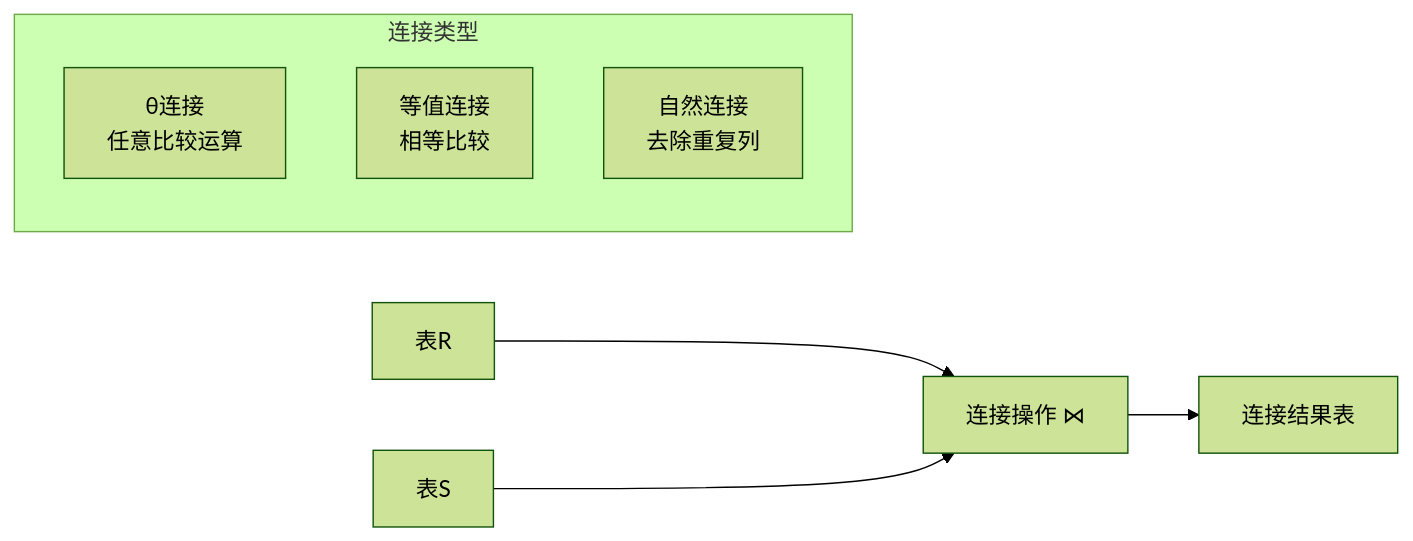
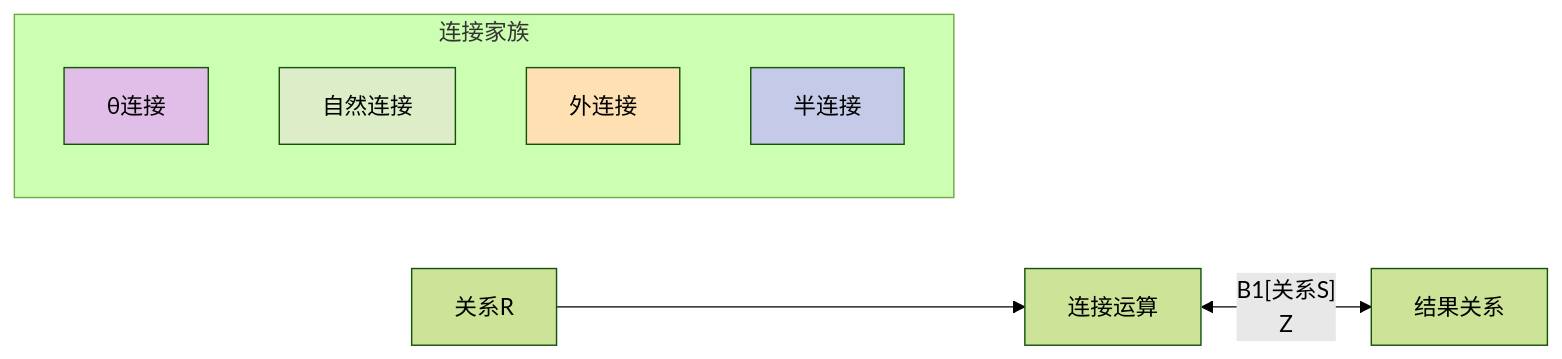
One commit to guangxiangdebizi/Year3-Sem1-Computer-Science-Notes changed the ninth of 13 diagrams in 数据库原理/第2章_关系数据库.md. Above: the diagram before and after it, drawn with Mermaid (forest theme). The commit also changed other lines of this file, not shown here.

````diff
--- a/数据库原理/第2章_关系数据库.md
+++ b/数据库原理/第2章_关系数据库.md
@@ -243,12 +285,18 @@
 ```mermaid
 graph LR
-    A[表R] --> C[连接操作 ⋈]
-    B[表S] --> C
-    C --> D[连接结果表]
-    
-    subgraph "连接类型"
-        E[θ连接<br/>任意比较运算]
-        F[等值连接<br/>相等比较]
-        G[自然连接<br/>去除重复列]
+    Y[关系R] --> Z[连接运算]
+    Z <-- B1[关系S]
+    Z --> AA[结果关系]
+
+    subgraph "连接家族"
+        AC[θ连接]
+        AD[自然连接]
+        AE[外连接]
+        AF[半连接]
     end
+
+    style AC fill:#e1bee7
+    style AD fill:#dcedc8
+    style AE fill:#ffe0b2
+    style AF fill:#c5cae9
 ```
````
